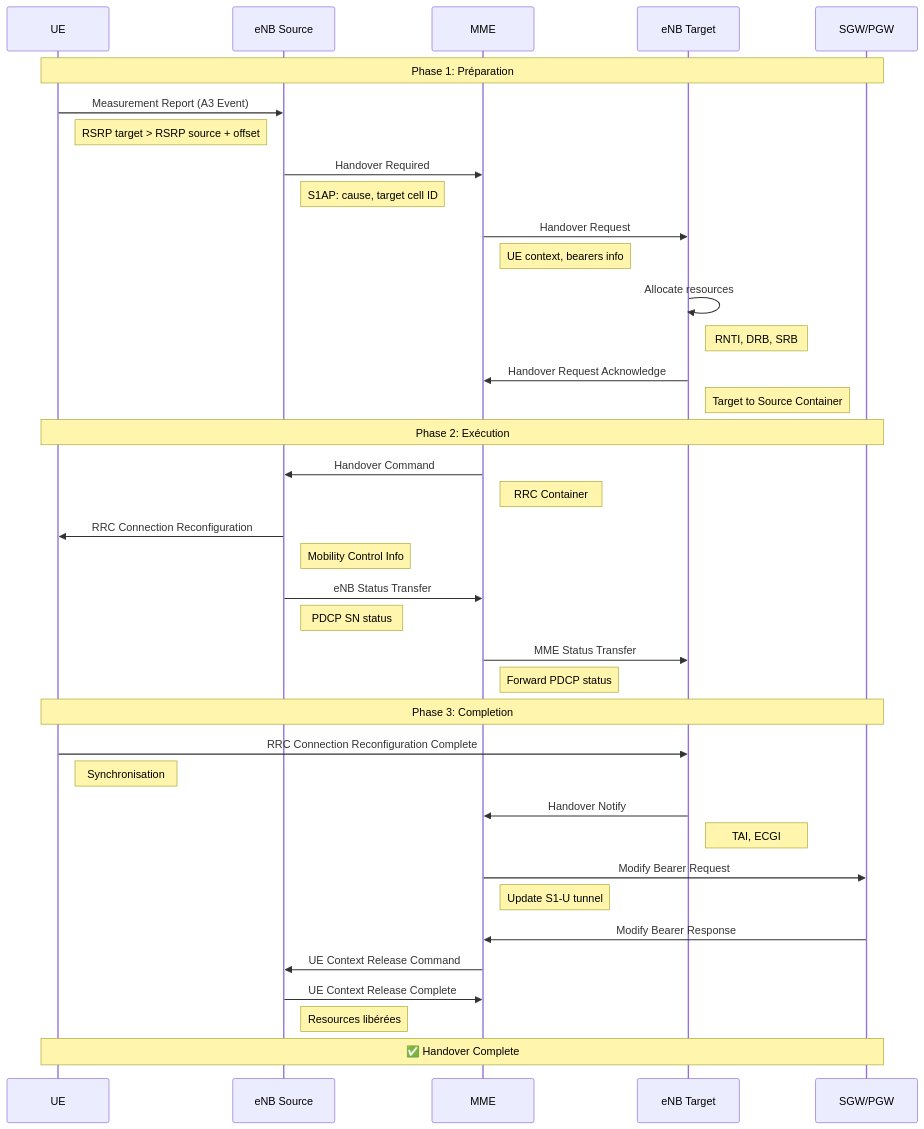
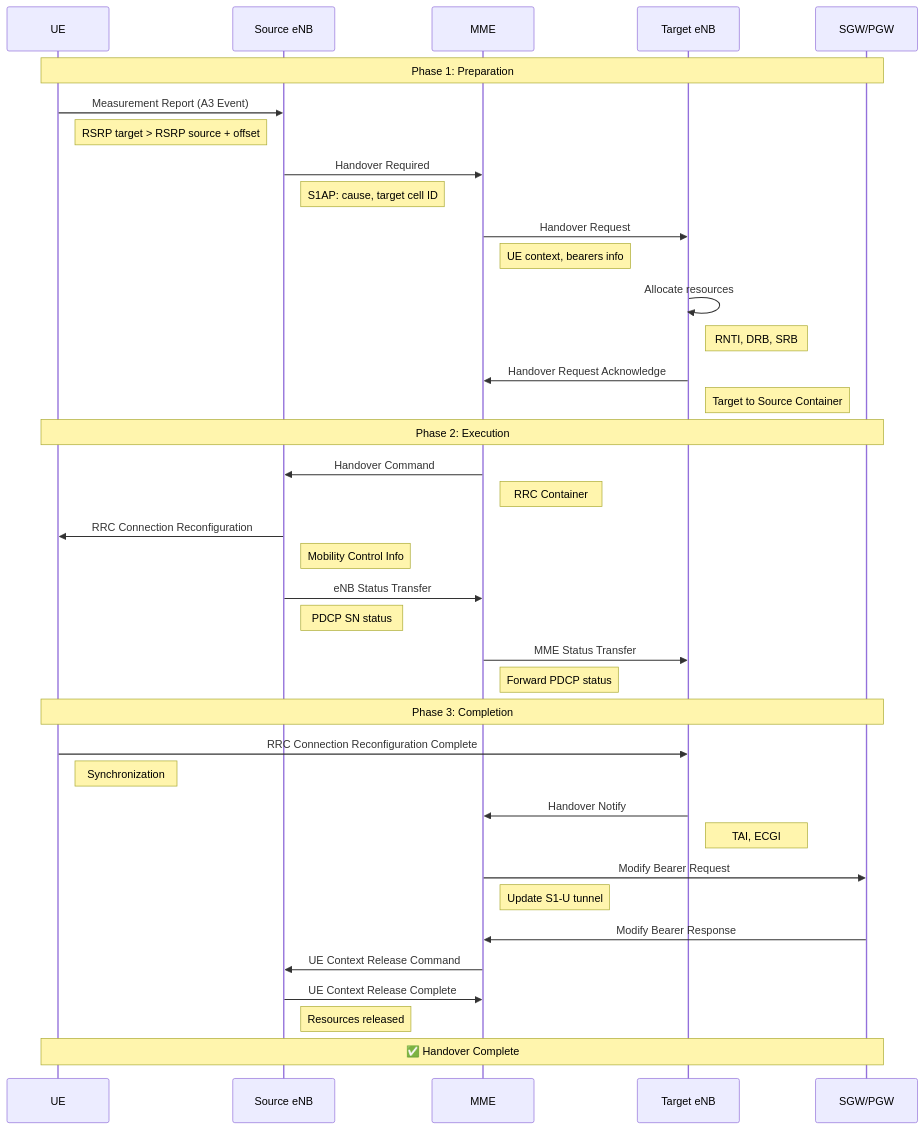
One commit to arnaudsoutenance-netizen/portable-lab changed the diagram in diagrams/s1_handover_flow.md. Above: the diagram before and after it, drawn with Mermaid. The commit also changed other lines of this file and 15 other files, not shown here.

````diff
--- a/diagrams/s1_handover_flow.md
+++ b/diagrams/s1_handover_flow.md
@@ -5,59 +5,59 @@
 ```mermaid
 sequenceDiagram
     participant UE
-    participant eNB_Source as eNB Source
+    participant eNB_Source as Source eNB
     participant MME
-    participant eNB_Target as eNB Target
+    participant eNB_Target as Target eNB
     participant SGW as SGW/PGW
 
-    Note over UE,SGW: Phase 1: Préparation
+    Note over UE,SGW: Phase 1: Preparation
 
     UE->>eNB_Source: Measurement Report (A3 Event)
     Note right of UE: RSRP target > RSRP source + offset
 
     eNB_Source->>MME: Handover Required
     Note right of eNB_Source: S1AP: cause, target cell ID
 
     MME->>eNB_Target: Handover Request
     Note right of MME: UE context, bearers info
 
     eNB_Target->>eNB_Target: Allocate resources
     Note right of eNB_Target: RNTI, DRB, SRB
 
     eNB_Target->>MME: Handover Request Acknowledge
     Note right of eNB_Target: Target to Source Container
 
-    Note over UE,SGW: Phase 2: Exécution
+    Note over UE,SGW: Phase 2: Execution
 
     MME->>eNB_Source: Handover Command
     Note right of MME: RRC Container
 
     eNB_Source->>UE: RRC Connection Reconfiguration
     Note right of eNB_Source: Mobility Control Info
 
     eNB_Source->>MME: eNB Status Transfer
     Note right of eNB_Source: PDCP SN status
 
     MME->>eNB_Target: MME Status Transfer
     Note right of MME: Forward PDCP status
 
     Note over UE,SGW: Phase 3: Completion
 
     UE->>eNB_Target: RRC Connection Reconfiguration Complete
-    Note right of UE: Synchronisation
+    Note right of UE: Synchronization
 
     eNB_Target->>MME: Handover Notify
     Note right of eNB_Target: TAI, ECGI
 
     MME->>SGW: Modify Bearer Request
     Note right of MME: Update S1-U tunnel
 
     SGW->>MME: Modify Bearer Response
 
     MME->>eNB_Source: UE Context Release Command
 
     eNB_Source->>MME: UE Context Release Complete
-    Note right of eNB_Source: Resources libérées
+    Note right of eNB_Source: Resources released
 
     Note over UE,SGW: ✅ Handover Complete
 ```
````
